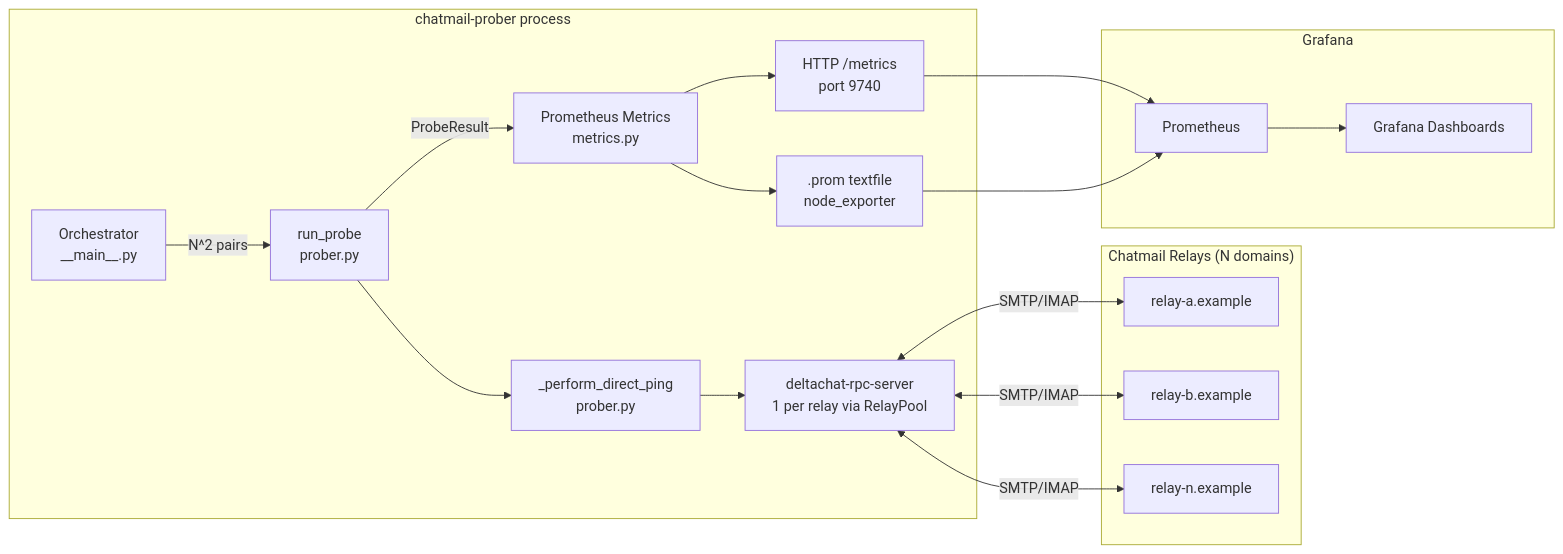
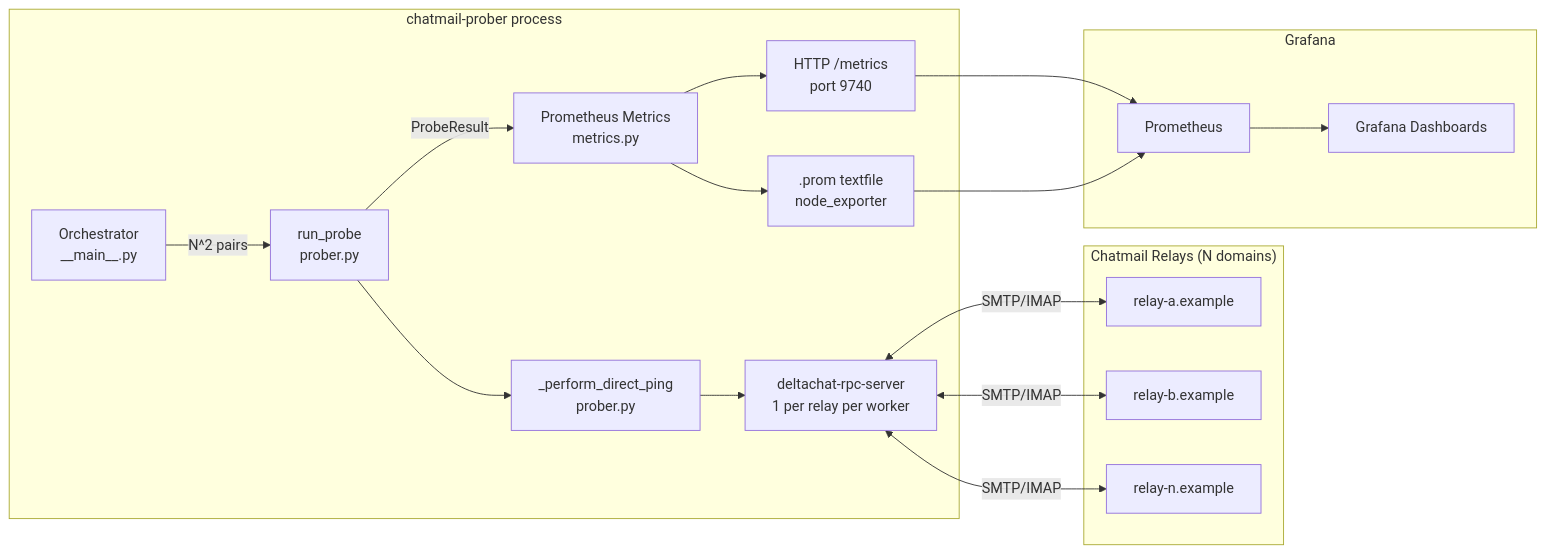
One commit to j4n/chatmail-prober changed the first of 9 diagrams in TECHNICAL.md. Above: the diagram before and after it, drawn with Mermaid. The commit also changed other lines of this file and 1 other file, not shown here.

First line of the commit message:
Update docs for per-worker RelayPool model and account reuse

````diff
--- a/TECHNICAL.md
+++ b/TECHNICAL.md
@@ -32,43 +32,43 @@
 ```mermaid
 graph LR
     subgraph Relays["Chatmail Relays (N domains)"]
         R1[relay-a.example]
         R2[relay-b.example]
         RN[relay-n.example]
     end
 
     subgraph Prober["chatmail-prober process"]
         MAIN["Orchestrator
             __main__.py"]
         PROBE["run_probe
             prober.py"]
         PING["_perform_direct_ping
             prober.py"]
         DCSERVER["deltachat-rpc-server
-            1 per relay via RelayPool"]
+            1 per relay per worker"]
         METRICS["Prometheus Metrics
             metrics.py"]
         HTTP["HTTP /metrics
             port 9740"]
         TEXTFILE[".prom textfile
             node_exporter"]
     end
 
     subgraph Grafana
         PROM[Prometheus]
         DASH[Grafana Dashboards]
     end
 
     MAIN -->|"N^2 pairs"| PROBE
     PROBE --> PING
     PING --> DCSERVER
     DCSERVER <-->|SMTP/IMAP| R1
     DCSERVER <-->|SMTP/IMAP| R2
     DCSERVER <-->|SMTP/IMAP| RN
     PROBE -->|ProbeResult| METRICS
     METRICS --> HTTP
     METRICS --> TEXTFILE
     HTTP --> PROM
     TEXTFILE --> PROM
     PROM --> DASH
 ```
````
